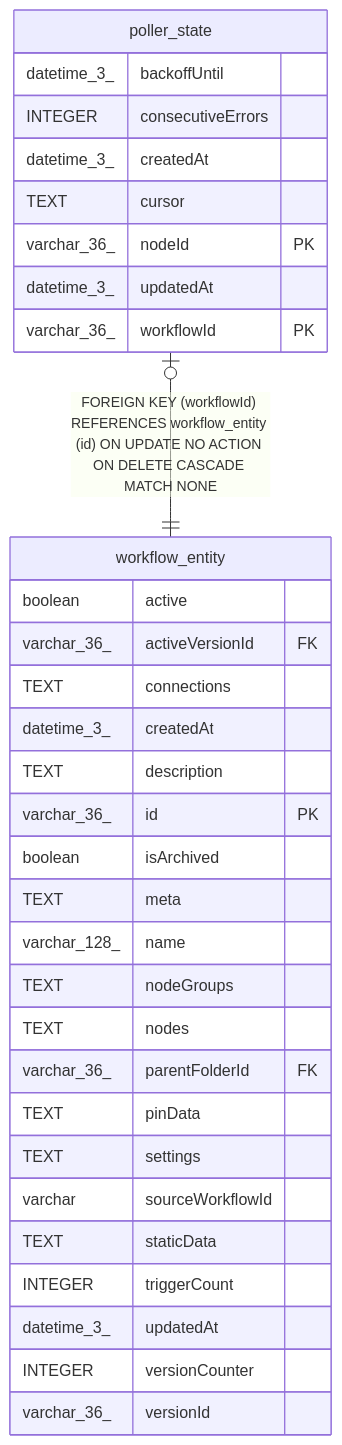
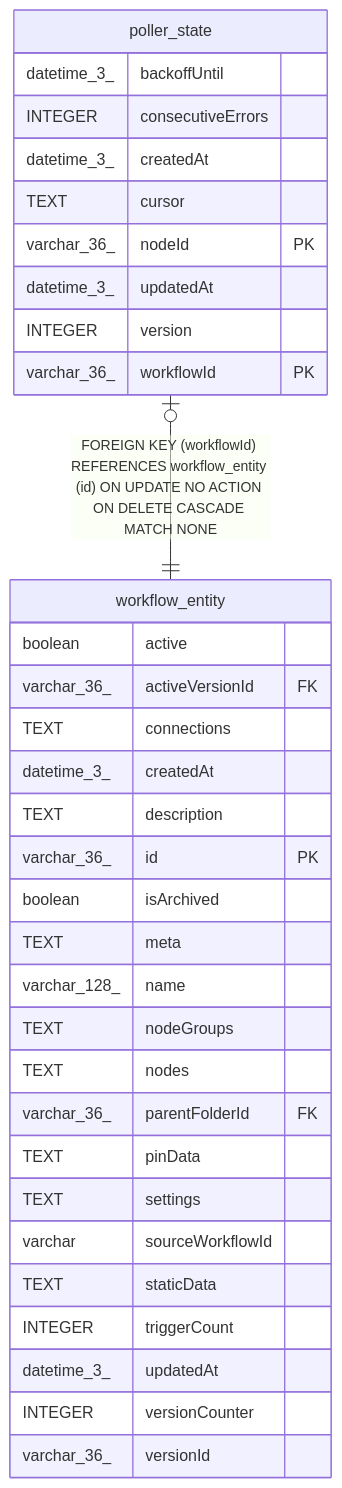
The diagram in docs/generated/sqlite-schema/poller_state.md (mayankjain1815-commits/n8n), drawn with Mermaid before and after one commit. The commit also changed other lines of this file and 10 other files, not shown here.

````diff
--- a/docs/generated/sqlite-schema/poller_state.md
+++ b/docs/generated/sqlite-schema/poller_state.md
@@ -43,37 +44,38 @@
 ```mermaid
 erDiagram
 
 "poller_state" |o--|| "workflow_entity" : "FOREIGN KEY (workflowId) REFERENCES workflow_entity (id) ON UPDATE NO ACTION ON DELETE CASCADE MATCH NONE"
 
 "poller_state" {
   datetime_3_ backoffUntil
   INTEGER consecutiveErrors
   datetime_3_ createdAt
   TEXT cursor
   varchar_36_ nodeId PK
   datetime_3_ updatedAt
+  INTEGER version
   varchar_36_ workflowId PK
 }
 "workflow_entity" {
   boolean active
   varchar_36_ activeVersionId FK
   TEXT connections
   datetime_3_ createdAt
   TEXT description
   varchar_36_ id PK
   boolean isArchived
   TEXT meta
   varchar_128_ name
   TEXT nodeGroups
   TEXT nodes
   varchar_36_ parentFolderId FK
   TEXT pinData
   TEXT settings
   varchar sourceWorkflowId
   TEXT staticData
   INTEGER triggerCount
   datetime_3_ updatedAt
   INTEGER versionCounter
   varchar_36_ versionId
 }
 ```
````
